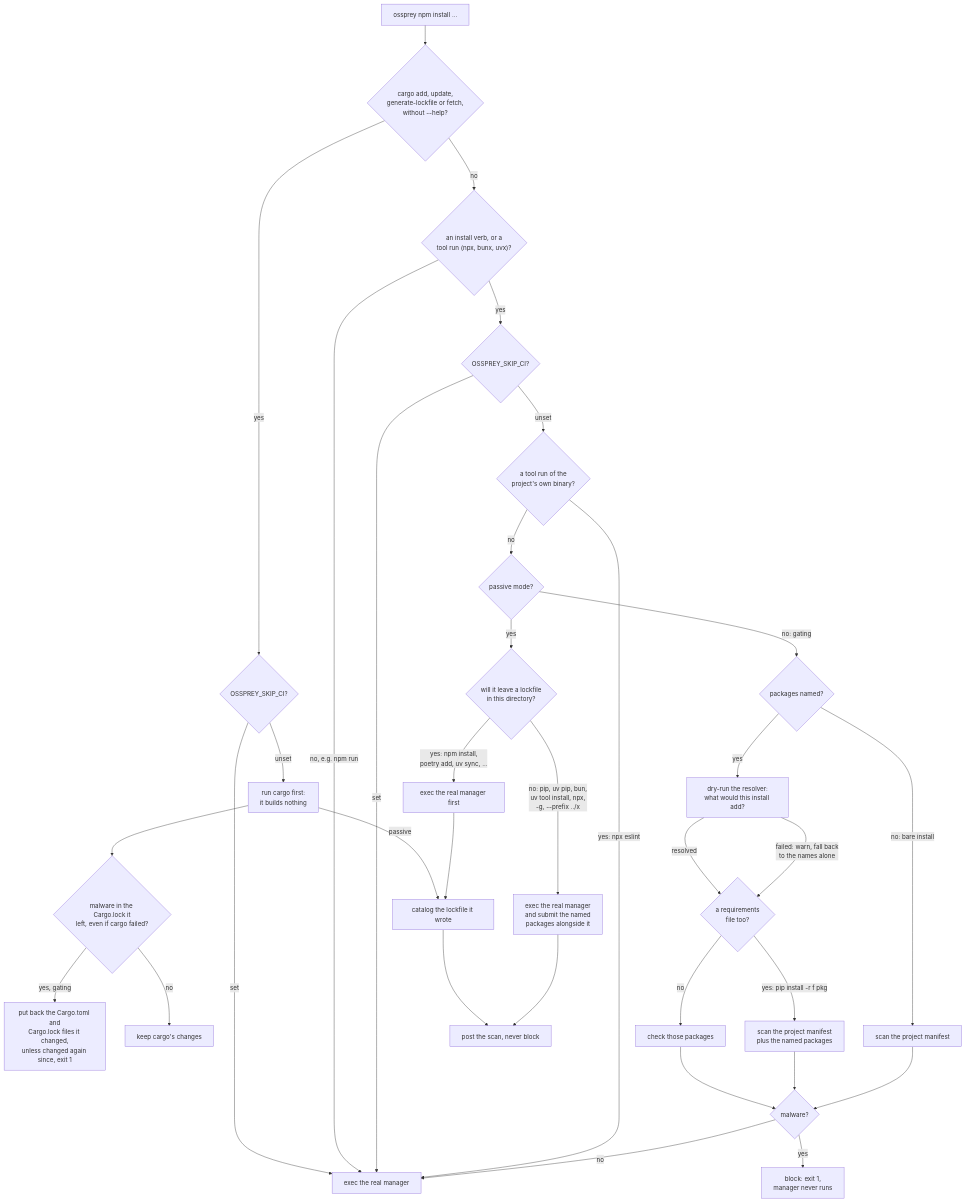
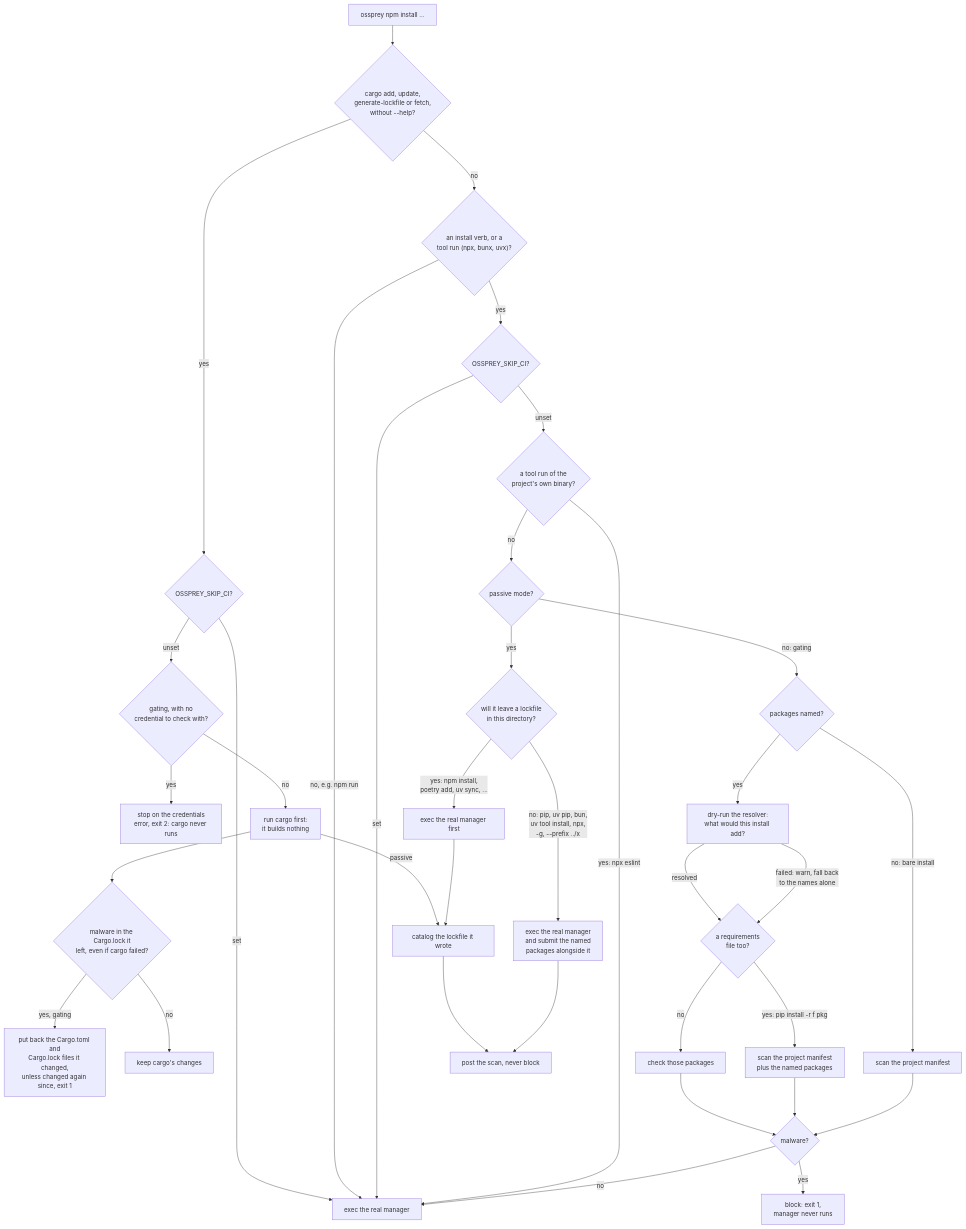
The second of 3 diagrams in docs/architecture.md (ossprey/ossprey-cli), drawn with Mermaid before and after one commit. The commit also changed 4 other files, not shown here.

First line of the commit message:
fix(forward): resolve the credential before a gating cargo add runs (OSS-2553)

````diff
--- a/docs/architecture.md
+++ b/docs/architecture.md
@@ -49,38 +49,40 @@
 ```mermaid
 flowchart TD
     S["ossprey npm install ..."] --> CA{"cargo add, update,<br/>generate-lockfile or fetch,<br/>without --help?"}
     CA -- "yes" --> CV{"OSSPREY_SKIP_CI?"}
     CV -- "set" --> U
-    CV -- "unset" --> CB["run cargo first:<br/>it builds nothing"]
+    CV -- "unset" --> CK{"gating, with no<br/>credential to check with?"}
+    CK -- "yes" --> CX["stop on the credentials<br/>error, exit 2: cargo never runs"]
+    CK -- "no" --> CB["run cargo first:<br/>it builds nothing"]
     CB --> CC{"malware in the Cargo.lock it<br/>left, even if cargo failed?"}
     CC -- "yes, gating" --> CD["put back the Cargo.toml and<br/>Cargo.lock files it changed,<br/>unless changed again since, exit 1"]
     CC -- "no" --> CE["keep cargo's changes"]
     CB -- "passive" --> AE
     CA -- "no" --> T{"an install verb, or a<br/>tool run (npx, bunx, uvx)?"}
     T -- "no, e.g. npm run" --> U["exec the real manager"]
     T -- "yes" --> V{"OSSPREY_SKIP_CI?"}
     V -- "set" --> U
     V -- "unset" --> L{"a tool run of the<br/>project's own binary?"}
     L -- "yes: npx eslint" --> U
     L -- "no" --> W{"passive mode?"}
 
     W -- "no: gating" --> X{"packages named?"}
     X -- "yes" --> E["dry-run the resolver:<br/>what would this install add?"]
     E -- "resolved" --> R{"a requirements<br/>file too?"}
     E -- "failed: warn, fall back<br/>to the names alone" --> R
     R -- "no" --> Y["check those packages"]
     R -- "yes: pip install -r f pkg" --> RZ["scan the project manifest<br/>plus the named packages"]
     X -- "no: bare install" --> Z["scan the project manifest"]
     Y --> AA{"malware?"}
     RZ --> AA
     Z --> AA
     AA -- "yes" --> AB["block: exit 1,<br/>manager never runs"]
     AA -- "no" --> U
 
     W -- "yes" --> AC{"will it leave a lockfile<br/>in this directory?"}
     AC -- "yes: npm install,<br/>poetry add, uv sync, ..." --> AD["exec the real manager first"]
     AD --> AE["catalog the lockfile it wrote"]
     AE --> AF["post the scan, never block"]
     AC -- "no: pip, uv pip, bun,<br/>uv tool install, npx,<br/>-g, --prefix ../x" --> AG["exec the real manager<br/>and submit the named<br/>packages alongside it"]
     AG --> AF
 ```
````
